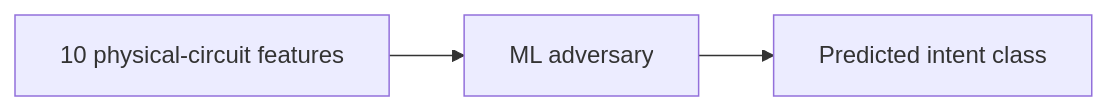
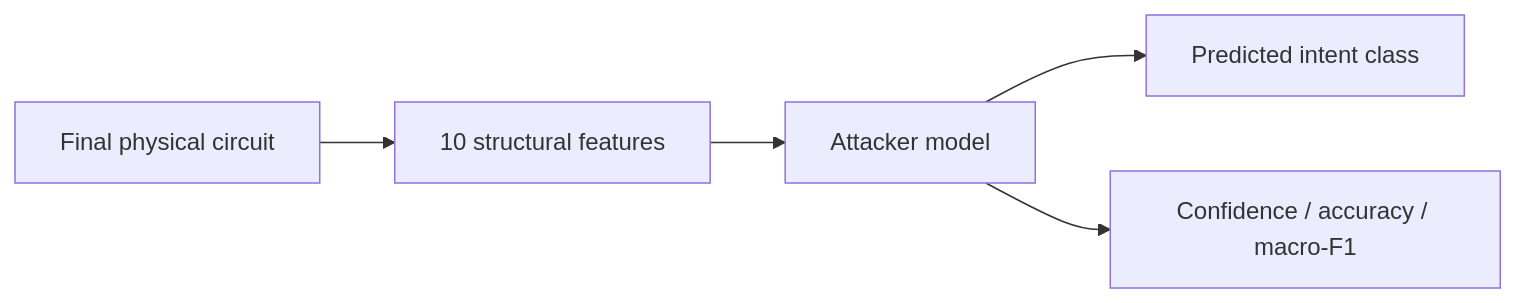
One commit to Usainbond007/Quantum-Privacy-Firewall changed the third of 5 diagrams in README.md. Above: the diagram before and after it, drawn with Mermaid. The commit also changed other lines of this file, not shown here.

````diff
--- a/README.md
+++ b/README.md
@@ -120,4 +118,7 @@
 ```mermaid
 flowchart LR
-    A[10 physical-circuit features] --> B[ML adversary] --> C[Predicted intent class]
+    A[Final physical circuit] --> B[10 structural features]
+    B --> C[Attacker model]
+    C --> D[Predicted intent class]
+    C --> E[Confidence / accuracy / macro-F1]
 ```
````
